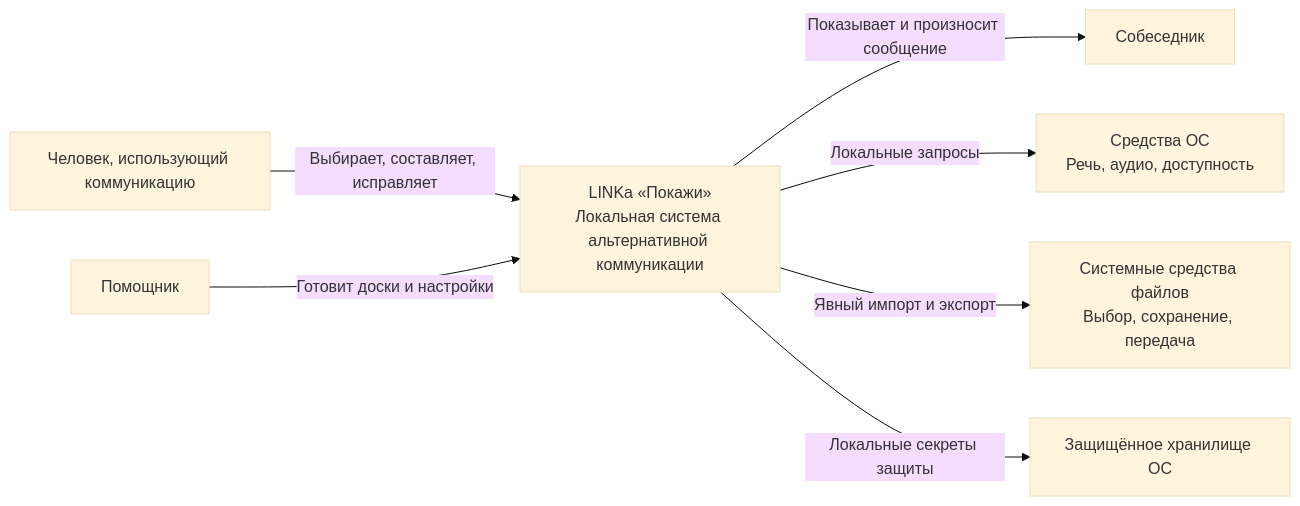
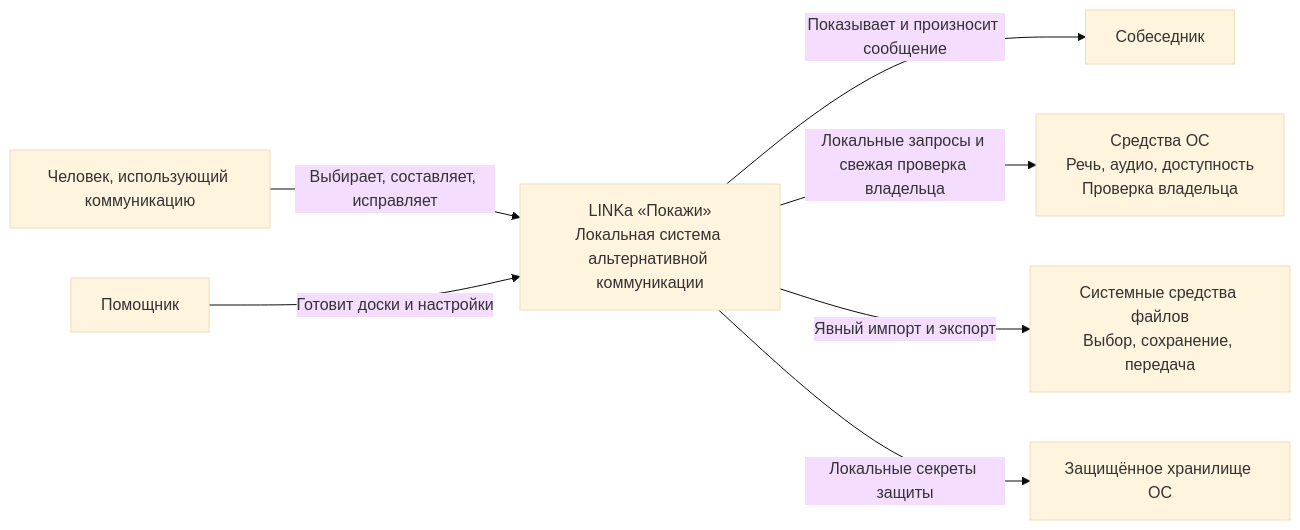
The first of 5 diagrams in docs/c4/04-c4.md (linkasu/linka.pictures-android), drawn with Mermaid (base theme) before and after one commit. The commit also changed other lines of this file and 53 other files, not shown here.

Commit message:
feat: freeze P02 core contracts and Unicode16 grapheme behavior

````diff
--- a/docs/c4/04-c4.md
+++ b/docs/c4/04-c4.md
@@ -11,20 +13,20 @@
 ```mermaid
 flowchart LR
     U["Человек, использующий коммуникацию"]
     H["Помощник"]
     P["Собеседник"]
 
     S["LINKa «Покажи»<br/>Локальная система альтернативной коммуникации"]
 
-    A["Средства ОС<br/>Речь, аудио, доступность"]
+    A["Средства ОС<br/>Речь, аудио, доступность<br/>Проверка владельца"]
     F["Системные средства файлов<br/>Выбор, сохранение, передача"]
     K["Защищённое хранилище ОС"]
 
     U -->|"Выбирает, составляет, исправляет"| S
     H -->|"Готовит доски и настройки"| S
     S -->|"Показывает и произносит сообщение"| P
 
-    S -->|"Локальные запросы"| A
+    S -->|"Локальные запросы и свежая проверка владельца"| A
     S -->|"Явный импорт и экспорт"| F
     S -->|"Локальные секреты защиты"| K
 ```
````
